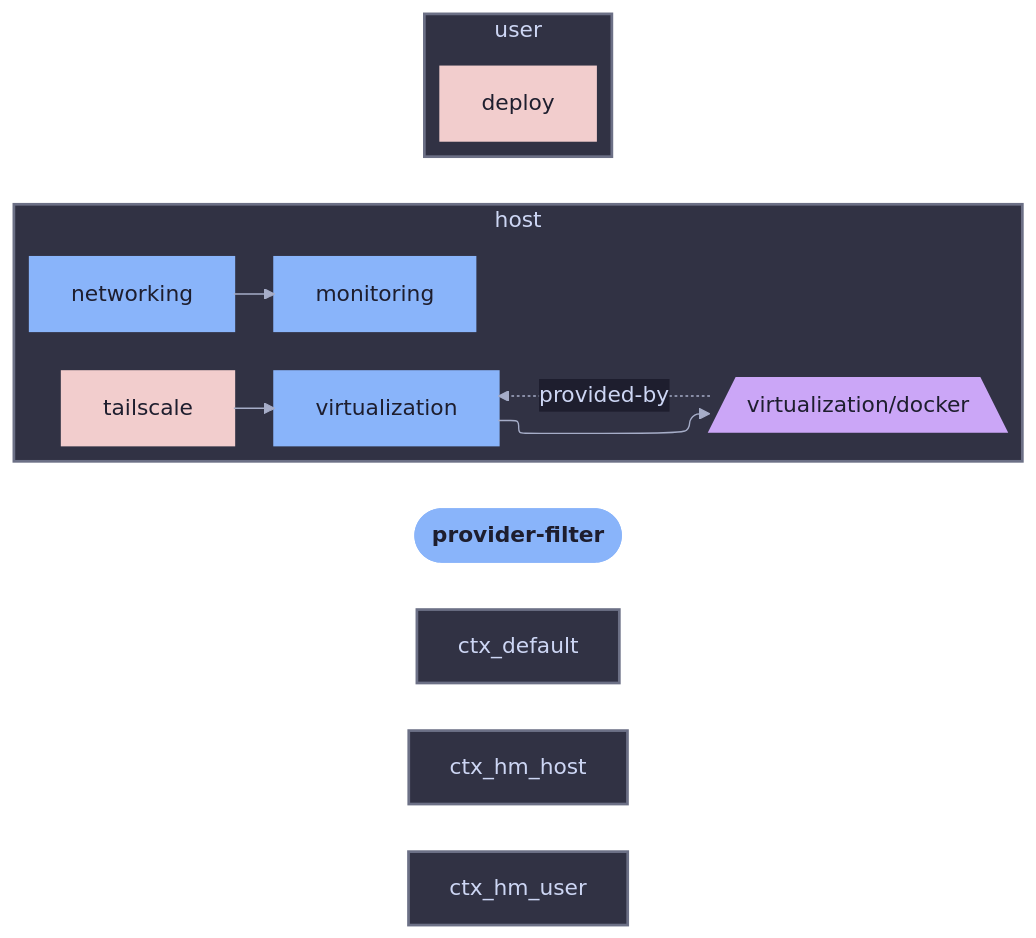
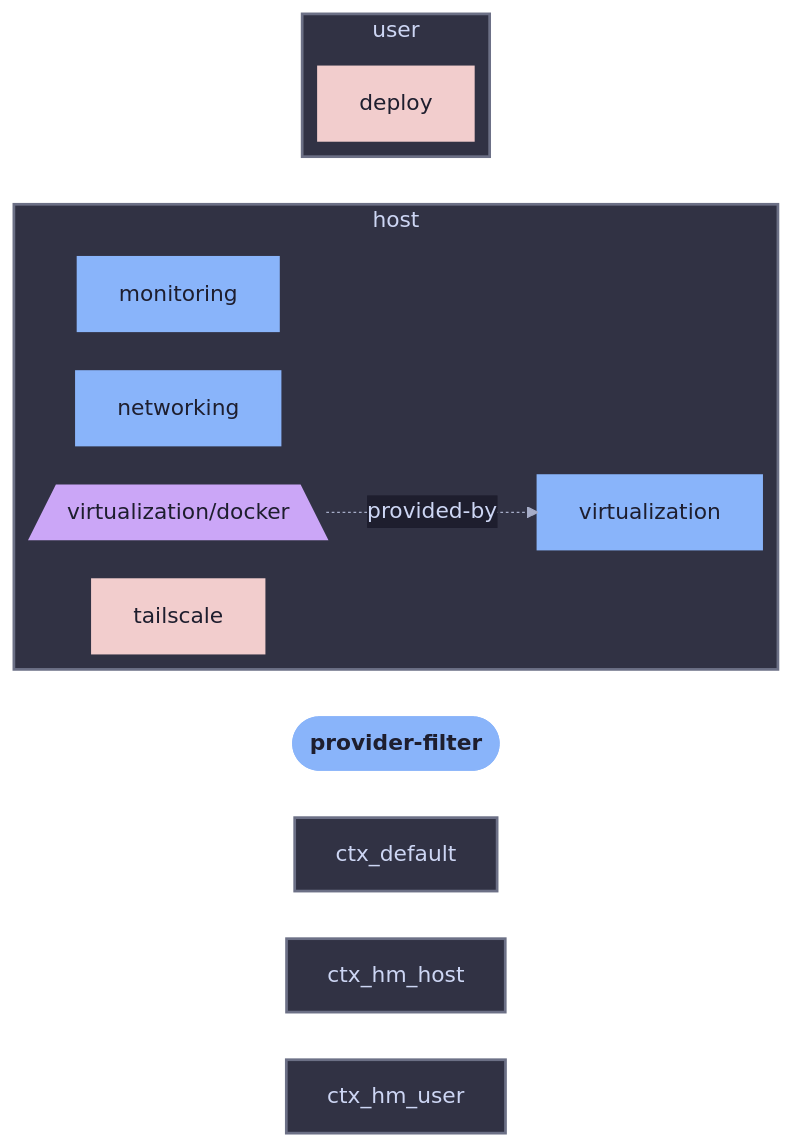
The diagram in templates/diag-fx-demo/diagrams/provider-filter-declared.md (sini/den), drawn with Mermaid before and after one commit. The commit also changed 849 other files, not shown here.

Commit message:
chore: update fx diagrams

````diff
--- a/templates/diag-fx-demo/diagrams/provider-filter-declared.md
+++ b/templates/diag-fx-demo/diagrams/provider-filter-declared.md
@@ -5,36 +5,33 @@
 ```mermaid
 %%{init: {"elk":{"mergeEdges":true,"nodePlacementStrategy":"BRANDES_KOEPF"},"layout":"elk","theme":"base","themeVariables":{"activationBkgColor":"#313244","activationBorderColor":"#6c7086","actorBkg":"#313244","actorBorder":"#a6adc8","actorLineColor":"#a6adc8","actorTextColor":"#cdd6f4","background":"#1e1e2e","classText":"#cdd6f4","clusterBkg":"#313244","clusterBorder":"#6c7086","edgeLabelBackground":"#1e1e2e","labelBoxBkgColor":"#313244","labelBoxBorderColor":"#a6adc8","labelTextColor":"#cdd6f4","lineColor":"#a6adc8","loopTextColor":"#cdd6f4","mainBkg":"#313244","nodeBkg":"#313244","nodeBorder":"#a6adc8","nodeTextColor":"#cdd6f4","noteBkgColor":"#313244","noteBorderColor":"#6c7086","noteTextColor":"#cdd6f4","pie1":"#f38ba8","pie2":"#fab387","pie3":"#f9e2af","pie4":"#a6e3a1","pie5":"#94e2d5","pie6":"#89b4fa","pie7":"#cba6f7","pie8":"#f2cdcd","pieLegendTextColor":"#cdd6f4","pieOuterStrokeColor":"#6c7086","pieSectionTextColor":"#cdd6f4","pieStrokeColor":"#6c7086","pieTitleTextColor":"#cdd6f4","primaryBorderColor":"#a6adc8","primaryColor":"#313244","primaryTextColor":"#cdd6f4","secondBkg":"#313244","secondaryBorderColor":"#6c7086","secondaryColor":"#313244","secondaryTextColor":"#cdd6f4","sequenceNumberColor":"#1e1e2e","signalColor":"#a6adc8","signalTextColor":"#cdd6f4","tertiaryBorderColor":"#6c7086","tertiaryColor":"#313244","tertiaryTextColor":"#cdd6f4","textColor":"#cdd6f4","titleColor":"#cdd6f4"}}}%%
 graph LR
   provider_filter([provider-filter]):::root
 
   subgraph ctx_host["host"]
   virtualization__docker[/"virtualization/docker"\]:::virtualization__docker_c
   monitoring["monitoring"]:::monitoring_c
   networking["networking"]:::networking_c
   tailscale["tailscale"]:::tailscale_c
   virtualization["virtualization"]:::virtualization_c
-  networking --> monitoring
-  tailscale --> virtualization
-  virtualization --> virtualization__docker
   virtualization__docker -.->|provided-by| virtualization
   end
   subgraph ctx_user["user"]
   deploy["deploy"]:::deploy_c
 
   end
 
 
   classDef root fill:#89b4fa,stroke:#89b4fa,color:#1e1e2e,font-weight:bold
   classDef deploy_c fill:#f2cdcd,stroke:#f2cdcd,color:#1e1e2e,stroke-width:2px
   classDef virtualization__docker_c fill:#cba6f7,stroke:#cba6f7,color:#1e1e2e,stroke-width:2px
   classDef monitoring_c fill:#89b4fa,stroke:#89b4fa,color:#1e1e2e,stroke-width:2px
   classDef networking_c fill:#89b4fa,stroke:#89b4fa,color:#1e1e2e,stroke-width:2px
-  classDef provider_filter_c fill:#89b4fa,stroke:#89b4fa,color:#1e1e2e,stroke-width:3px
+  classDef provider_filter_c fill:#89b4fa,stroke:#89b4fa,color:#1e1e2e,stroke-width:2px
   classDef tailscale_c fill:#f2cdcd,stroke:#f2cdcd,color:#1e1e2e,stroke-width:2px
   classDef virtualization_c fill:#89b4fa,stroke:#89b4fa,color:#1e1e2e,stroke-width:2px
 style ctx_host fill:#313244,stroke:#6c7086,stroke-width:2px
 style ctx_default fill:#313244,stroke:#6c7086,stroke-width:2px
 style ctx_hm_host fill:#313244,stroke:#6c7086,stroke-width:2px
 style ctx_hm_user fill:#313244,stroke:#6c7086,stroke-width:2px
 style ctx_user fill:#313244,stroke:#6c7086,stroke-width:2px
 ```
````
